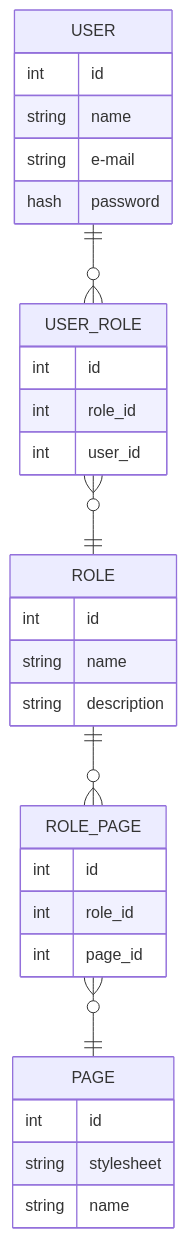
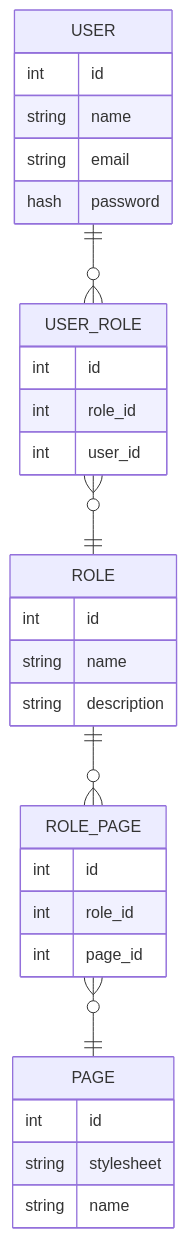
The diagram in README.md (dzooli/simple-login), drawn with Mermaid before and after one commit.

Commit message:
field name fix

````diff
--- a/README.md
+++ b/README.md
@@ -56,35 +56,35 @@
 ```mermaid
 %%{init: { 'theme': 'default'}}%%
 
 erDiagram
     USER ||--o{ USER_ROLE : ""
     USER_ROLE }o--|| ROLE : ""
     USER {
         int id
         string name
-        string e-mail
+        string email
         hash password
     }
     ROLE {
         int id
         string name
         string description
     }
     USER_ROLE {
         int id
         int role_id
         int user_id
     }
     PAGE {
         int id
         string stylesheet
         string name
     }
     ROLE_PAGE {
         int id
         int role_id
         int page_id
     }
     ROLE ||--o{ ROLE_PAGE : ""
     ROLE_PAGE }o--|| PAGE : ""
 ```
````
